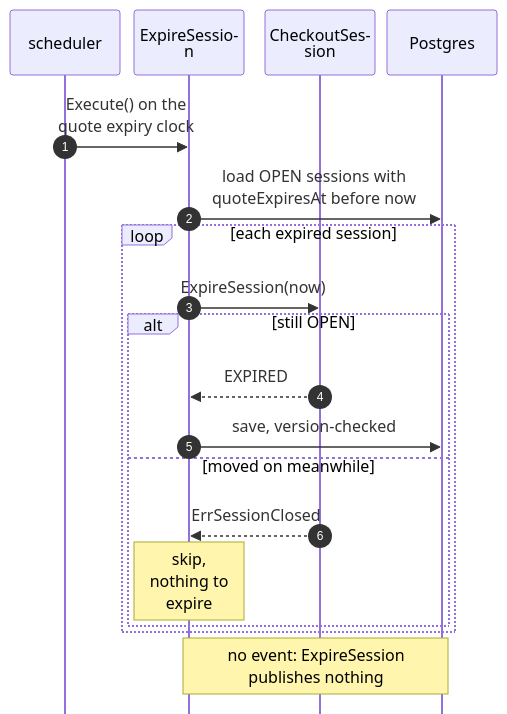
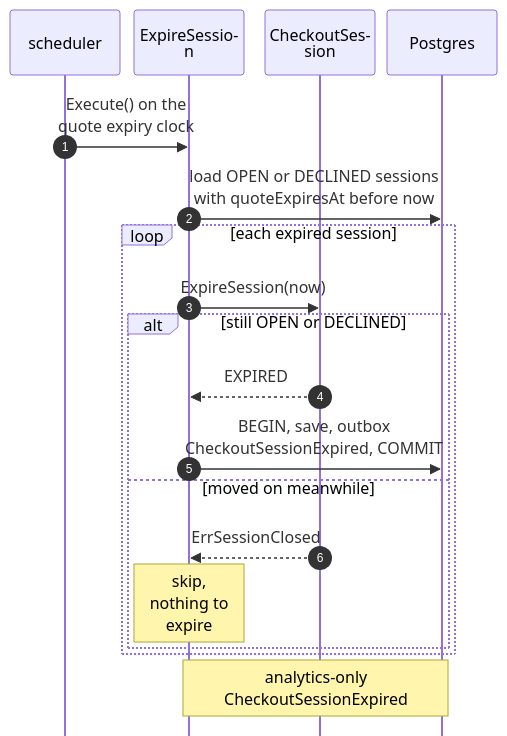
One commit to IQVO/warehouse-docs changed the fifth of 5 diagrams in storefront/docs/contexts/checkout/sequence-diagrams.md. Above: the diagram before and after it, drawn with Mermaid. The commit also changed other lines of this file and 11 other files, not shown here.

Commit message:
docs(storefront): model-fix 6b/7 - checkout and customer-payments packs and OpenAPI revised (H1-H10, H1-H12)

````diff
--- a/storefront/docs/contexts/checkout/sequence-diagrams.md
+++ b/storefront/docs/contexts/checkout/sequence-diagrams.md
@@ -254,22 +271,22 @@
 ```mermaid
 %%{init: {"sequence": {"wrap": true, "width": 110, "actorMargin": 12, "messageMargin": 28, "boxMargin": 6, "noteMargin": 6, "mirrorActors": false}}}%%
 sequenceDiagram
     autonumber
     participant S as scheduler
     participant UC as ExpireSession
     participant A as CheckoutSession
     participant DB as Postgres
     S->>UC: Execute() on the quote expiry clock
-    UC->>DB: load OPEN sessions with quoteExpiresAt before now
+    UC->>DB: load OPEN or DECLINED sessions with quoteExpiresAt before now
     loop each expired session
         UC->>A: ExpireSession(now)
-        alt still OPEN
+        alt still OPEN or DECLINED
             A-->>UC: EXPIRED
-            UC->>DB: save, version-checked
+            UC->>DB: BEGIN, save, outbox CheckoutSessionExpired, COMMIT
         else moved on meanwhile
             A-->>UC: ErrSessionClosed
             Note over UC: skip, nothing to expire
         end
     end
-    Note over UC,DB: no event: ExpireSession publishes nothing
+    Note over UC,DB: analytics-only CheckoutSessionExpired
 ```
````
